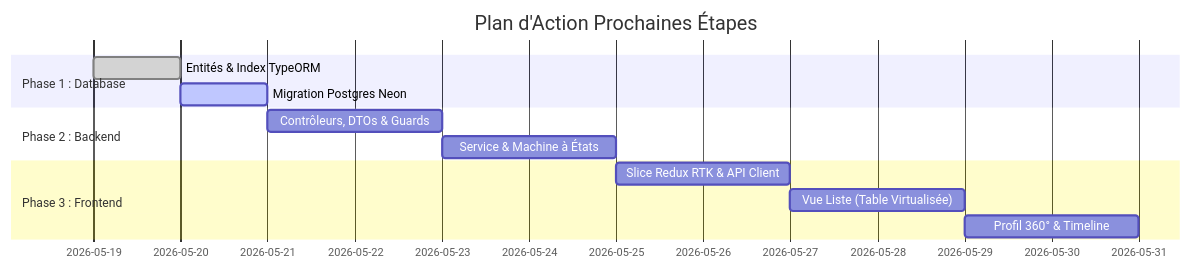
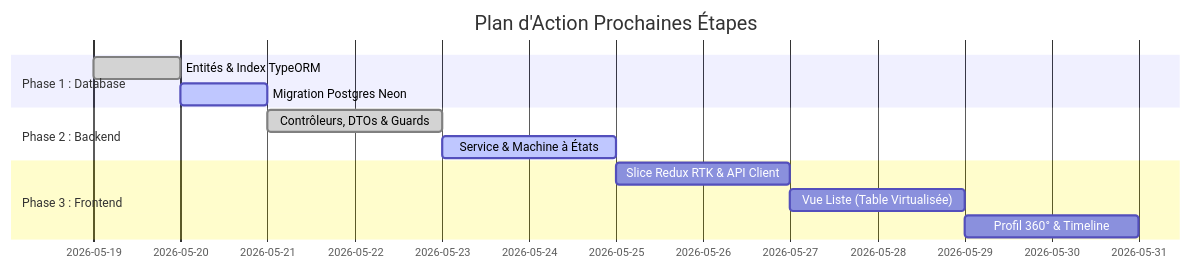
The diagram in development_tracker.md (Lontsi-Hernandez/SIRH), drawn with Mermaid before and after one commit. The commit also changed other lines of this file and 1 other file, not shown here.

````diff
--- a/development_tracker.md
+++ b/development_tracker.md
@@ -47,15 +47,15 @@
 ```mermaid
 gantt
     title Plan d'Action Prochaines Étapes
     dateFormat  YYYY-MM-DD
     section Phase 1 : Database
     Entités & Index TypeORM         :done, db1, 2026-05-19, 1d
     Migration Postgres Neon          :active, db2, after db1, 1d
     section Phase 2 : Backend
-    Contrôleurs, DTOs & Guards      :be1, after db2, 2d
-    Service & Machine à États       :be2, after be1, 2d
+    Contrôleurs, DTOs & Guards      :done, be1, after db2, 2d
+    Service & Machine à États       :active, be2, after be1, 2d
     section Phase 3 : Frontend
     Slice Redux RTK & API Client    :fe1, after be2, 2d
     Vue Liste (Table Virtualisée)   :fe2, after fe1, 2d
     Profil 360° & Timeline          :fe3, after fe2, 2d
 ```
````
